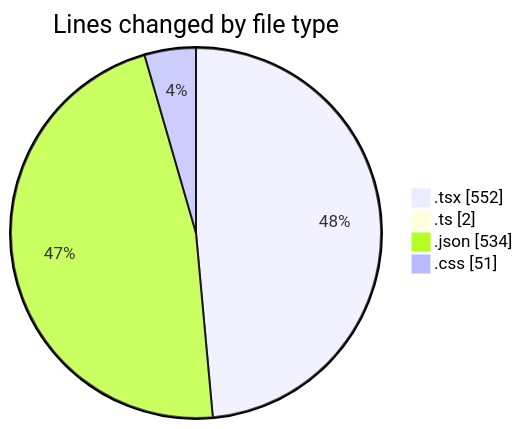
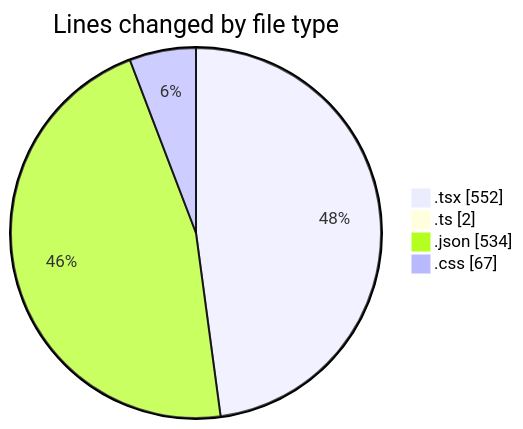
One commit to EIIisD/code-tracking changed the first of 2 diagrams in 2025-08-02/tw-server/README.md. Above: the diagram before and after it, drawn with Mermaid. The commit also changed other lines of this file and 1 other file, not shown here.

````diff
--- a/2025-08-02/tw-server/README.md
+++ b/2025-08-02/tw-server/README.md
@@ -24,8 +24,8 @@
 ```mermaid
 pie showData
 title Lines changed by file type
 ".tsx" : 552
 ".ts" : 2
 ".json" : 534
-".css" : 51
+".css" : 67
 ```
````
